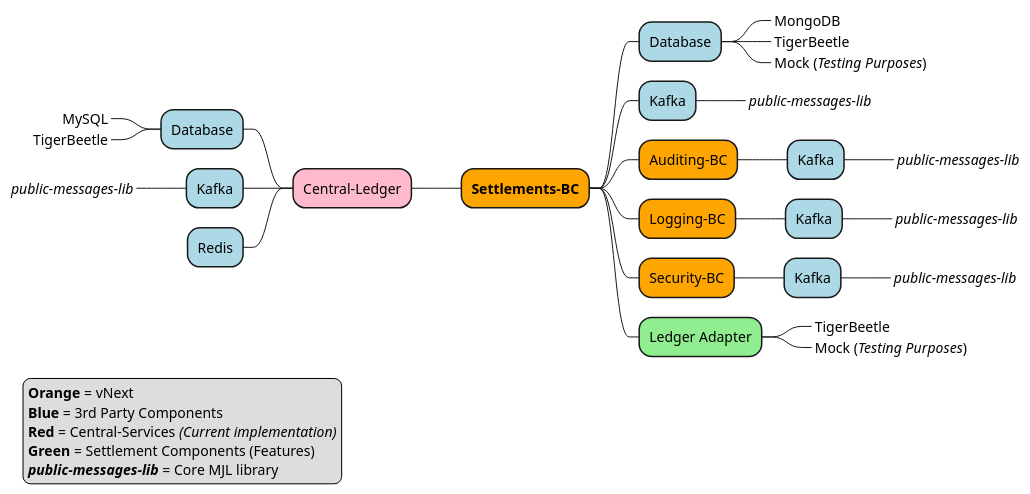
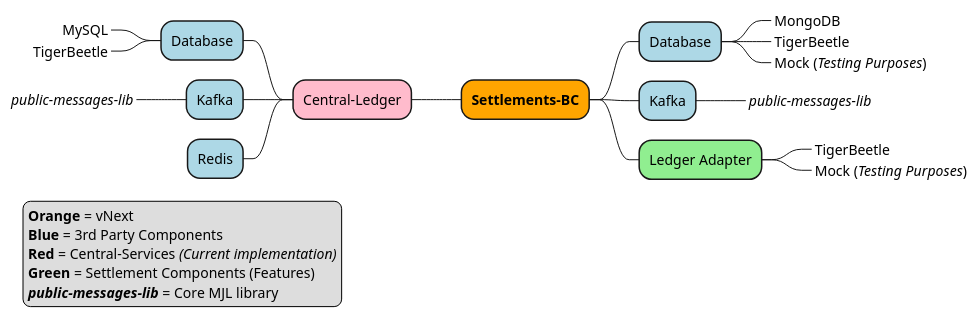
The diagram in docs/flows/30-settlement-architecture-cl.puml (mojaloop/settlements-bc), drawn with PlantUML before and after one commit. The commit also changed 1 other file, not shown here.

```diff
--- a/docs/flows/30-settlement-architecture-cl.puml
+++ b/docs/flows/30-settlement-architecture-cl.puml
@@ -1,37 +1,28 @@
 @startmindmap
 +[#Orange] **Settlements-BC**
 ++[#Lightblue] Database
 +++_ MongoDB
 +++_ TigerBeetle
 +++_ Mock (//Testing Purposes//)
 ++[#Lightblue] Kafka
 +++_ //public-messages-lib//
-++[#Orange] Auditing-BC
-+++[#Lightblue] Kafka
-++++_ //public-messages-lib//
-++[#Orange] Logging-BC
-+++[#Lightblue] Kafka
-++++_ //public-messages-lib//
-++[#Orange] Security-BC
-+++[#Lightblue] Kafka
-++++_ //public-messages-lib//
 ++[#LightGreen] Ledger Adapter
 ***_ TigerBeetle
 ***_ Mock (//Testing Purposes//)
 --[#FFBBCC] Central-Ledger
 ---[#Lightblue] Database
 ----_ MySQL
 ----_ TigerBeetle
 ---[#Lightblue] Kafka
 ----_ //public-messages-lib//
 ---[#Lightblue] Redis
 
 legend left
 **Orange** = vNext
 **Blue** = 3rd Party Components
 **Red** = Central-Services //(Current implementation)//
 **Green** = Settlement Components (Features)
 **//public-messages-lib//** = Core MJL library
 endlegend
 
 @endmindmap
```
